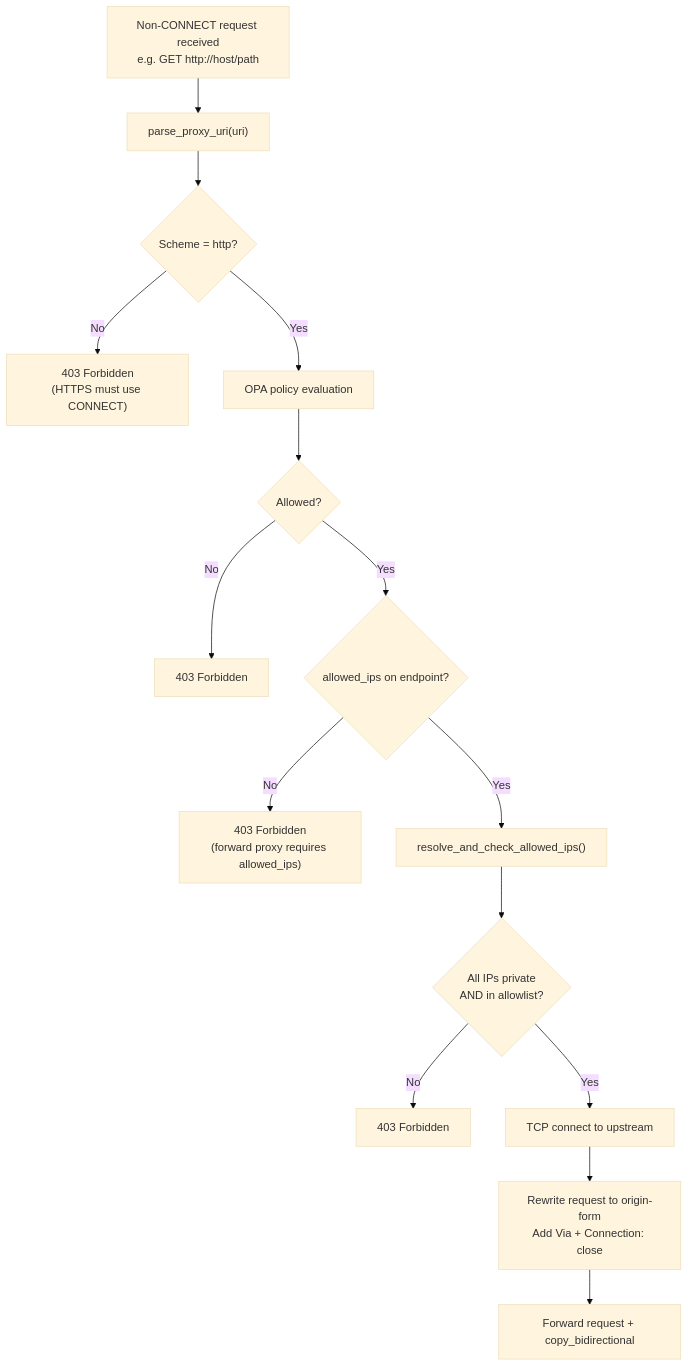
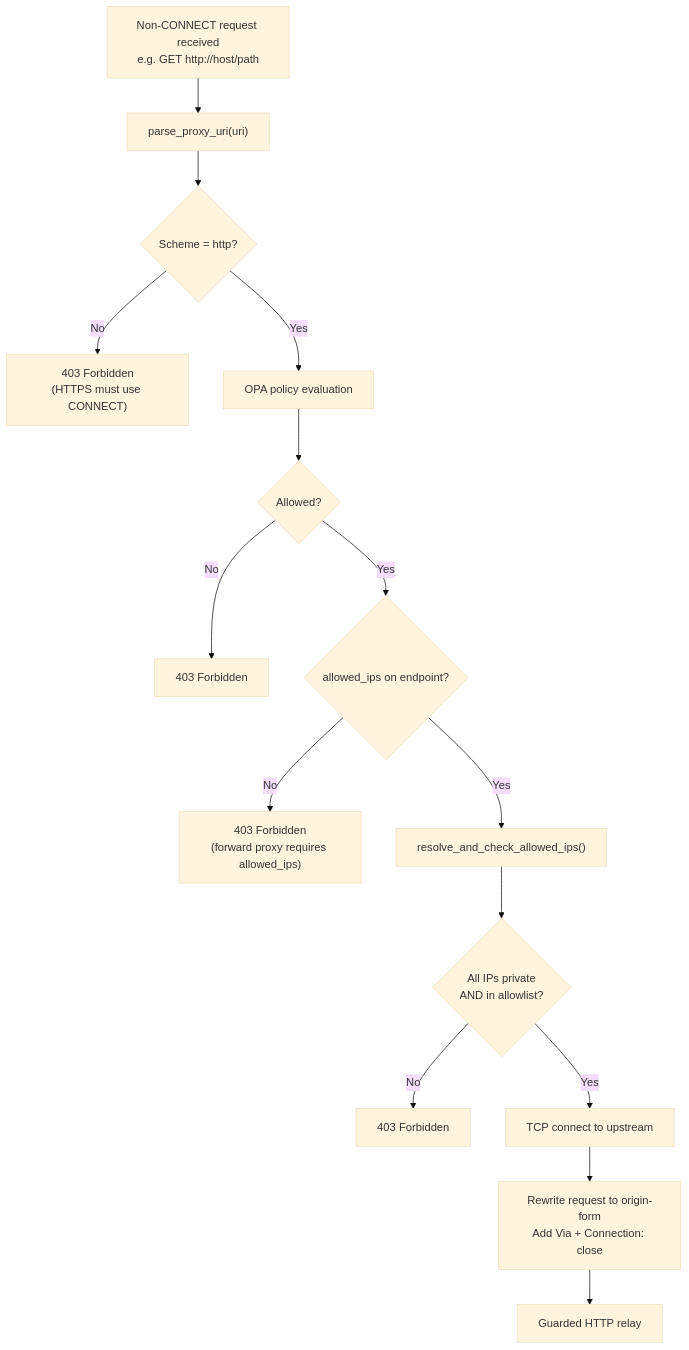
One commit to st-gr/OpenShell changed the fourth of 6 diagrams in architecture/security-policy.md. Above: the diagram before and after it, drawn with Mermaid (base theme). The commit also changed other lines of this file and 6 other files, not shown here.

````diff
--- a/architecture/security-policy.md
+++ b/architecture/security-policy.md
@@ -773,17 +777,17 @@
 ```mermaid
 flowchart TD
     A["Non-CONNECT request received<br/>e.g. GET http://host/path"] --> B["parse_proxy_uri(uri)"]
     B --> C{Scheme = http?}
     C -- No --> D["403 Forbidden<br/>(HTTPS must use CONNECT)"]
     C -- Yes --> E["OPA policy evaluation"]
     E --> F{Allowed?}
     F -- No --> G["403 Forbidden"]
     F -- Yes --> H{allowed_ips on endpoint?}
     H -- No --> I["403 Forbidden<br/>(forward proxy requires allowed_ips)"]
     H -- Yes --> J["resolve_and_check_allowed_ips()"]
     J --> K{All IPs private<br/>AND in allowlist?}
     K -- No --> L["403 Forbidden"]
     K -- Yes --> M["TCP connect to upstream"]
     M --> N["Rewrite request to origin-form<br/>Add Via + Connection: close"]
-    N --> O["Forward request + copy_bidirectional"]
+    N --> O["Guarded HTTP relay"]
 ```
````
